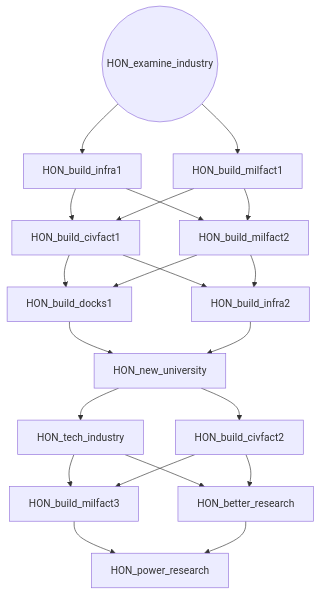
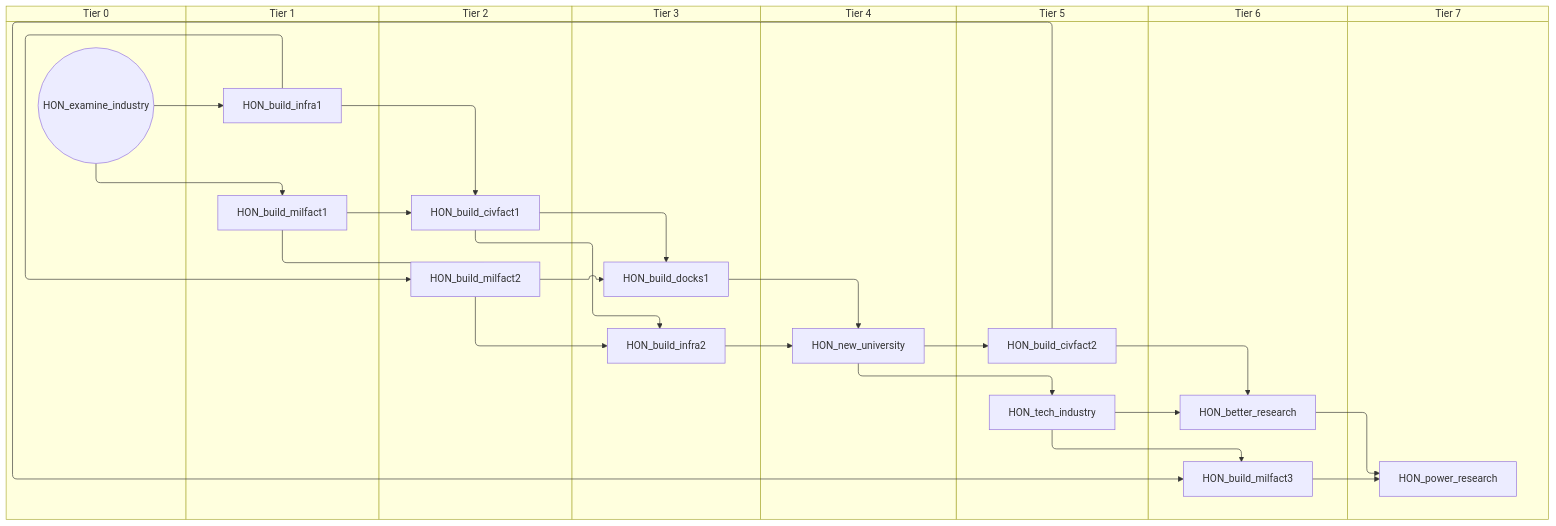
One commit to evgeny-sobol/hoi4-sandbox-mode-r56 changed the fourth of 6 diagrams in docs/gdd/National Focuses/honduras.md. Above: the diagram before and after it, drawn with Mermaid. The commit also changed other lines of this file and 423 other files, not shown here.

First line of the commit message:
Re-export Rt56 focus trees as swimlane diagrams

````diff
--- a/docs/gdd/National Focuses/honduras.md
+++ b/docs/gdd/National Focuses/honduras.md
@@ -105,36 +141,52 @@
 ```mermaid
-flowchart TD
-    n24["HON_better_research"]
-    n25["HON_build_civfact1"]
-    n26["HON_build_civfact2"]
-    n27["HON_build_docks1"]
-    n28["HON_build_infra1"]
-    n29["HON_build_infra2"]
-    n30["HON_build_milfact1"]
-    n31["HON_build_milfact2"]
-    n32["HON_build_milfact3"]
-    n33(("HON_examine_industry"))
-    n34["HON_new_university"]
-    n35["HON_power_research"]
-    n36["HON_tech_industry"]
-    n36 --> n24
-    n26 --> n24
-    n28 --> n25
-    n30 --> n25
-    n34 --> n26
+swimlane-beta TD
+    subgraph tier_0["Tier 0"]
+        n24(("HON_examine_industry"))
+    end
+    subgraph tier_1["Tier 1"]
+        n25["HON_build_infra1"]
+        n26["HON_build_milfact1"]
+    end
+    subgraph tier_2["Tier 2"]
+        n27["HON_build_civfact1"]
+        n28["HON_build_milfact2"]
+    end
+    subgraph tier_3["Tier 3"]
+        n29["HON_build_docks1"]
+        n30["HON_build_infra2"]
+    end
+    subgraph tier_4["Tier 4"]
+        n31["HON_new_university"]
+    end
+    subgraph tier_5["Tier 5"]
+        n32["HON_build_civfact2"]
+        n33["HON_tech_industry"]
+    end
+    subgraph tier_6["Tier 6"]
+        n34["HON_better_research"]
+        n35["HON_build_milfact3"]
+    end
+    subgraph tier_7["Tier 7"]
+        n36["HON_power_research"]
+    end
+    n33 --> n34
+    n32 --> n34
     n25 --> n27
-    n31 --> n27
-    n33 --> n28
-    n25 --> n29
-    n31 --> n29
-    n33 --> n30
-    n28 --> n31
+    n26 --> n27
+    n31 --> n32
+    n27 --> n29
+    n28 --> n29
+    n24 --> n25
+    n27 --> n30
+    n28 --> n30
+    n24 --> n26
+    n25 --> n28
+    n26 --> n28
+    n33 --> n35
+    n32 --> n35
+    n29 --> n31
     n30 --> n31
-    n36 --> n32
-    n26 --> n32
-    n27 --> n34
-    n29 --> n34
-    n32 --> n35
-    n24 --> n35
+    n35 --> n36
     n34 --> n36
+    n31 --> n33
 ```
````
